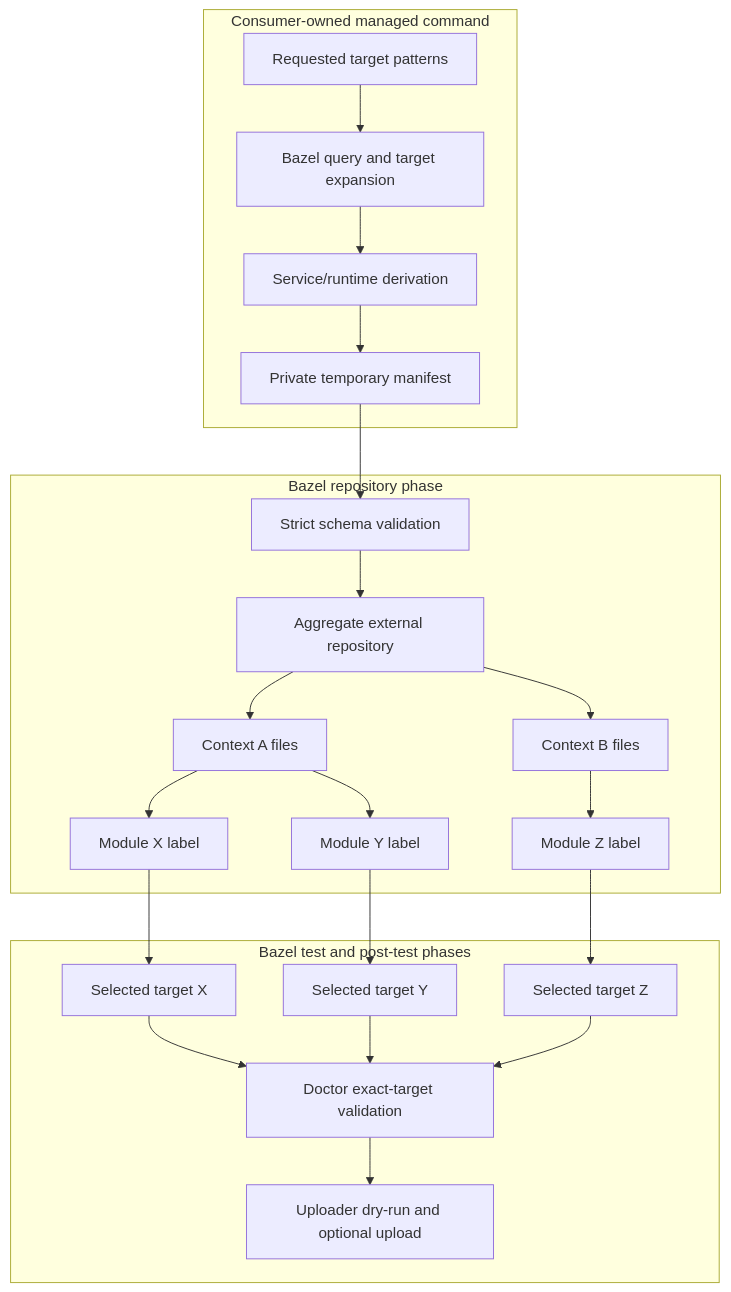
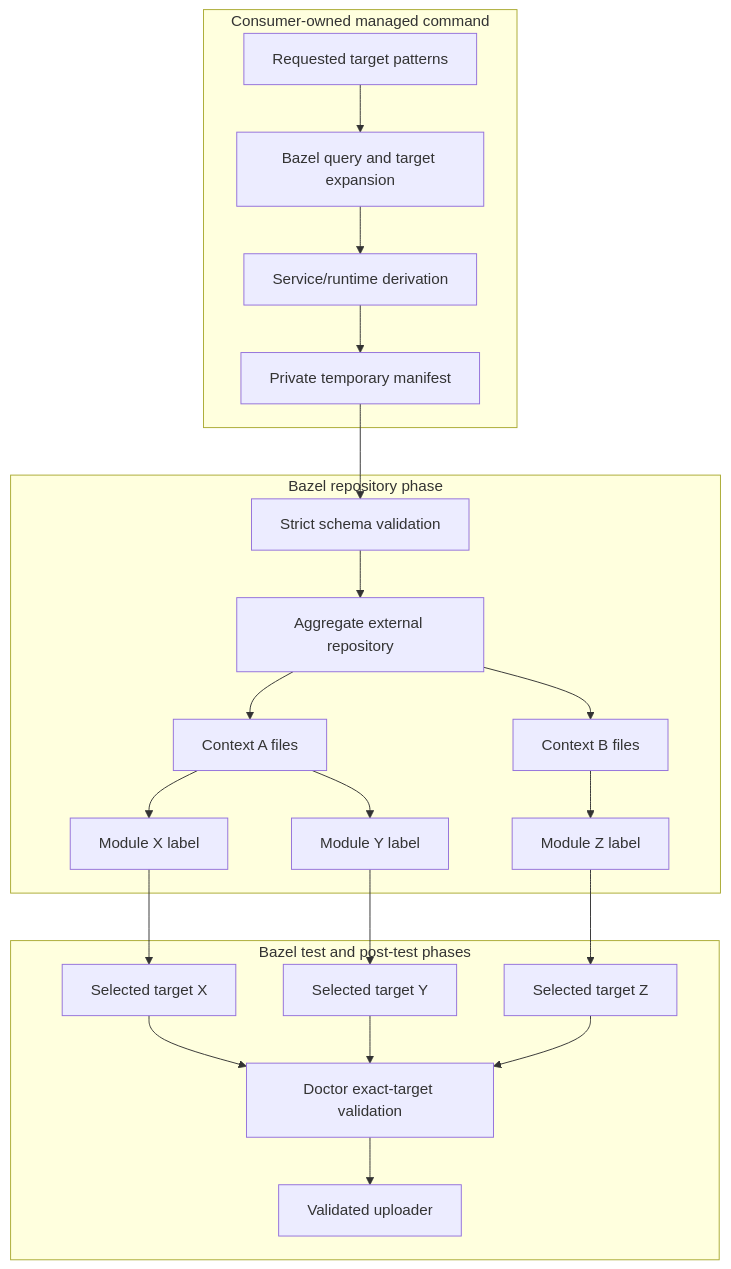
Before and after one commit to DataDog/rules_test_optimization: the first of 2 diagrams in docs/Initial_documentation.md, drawn with Mermaid. The commit also changed other lines of this file and 1296 other files, not shown here.

````diff
--- a/docs/Initial_documentation.md
+++ b/docs/Initial_documentation.md
@@ -97,28 +97,28 @@
 ```mermaid
 flowchart TB
   subgraph Consumer["Consumer-owned managed command"]
     I[Requested target patterns] --> Q[Bazel query and target expansion]
     Q --> N[Service/runtime derivation]
     N --> M[Private temporary manifest]
   end
 
   subgraph Repository["Bazel repository phase"]
     M --> V[Strict schema validation]
     V --> A[Aggregate external repository]
     A --> C1[Context A files]
     A --> C2[Context B files]
     C1 --> MX[Module X label]
     C1 --> MY[Module Y label]
     C2 --> MZ[Module Z label]
   end
 
   subgraph Execution["Bazel test and post-test phases"]
     MX --> TX[Selected target X]
     MY --> TY[Selected target Y]
     MZ --> TZ[Selected target Z]
     TX --> D[Doctor exact-target validation]
     TY --> D
     TZ --> D
-    D --> U[Uploader dry-run and optional upload]
+    D --> U[Validated uploader]
   end
 ```
````
